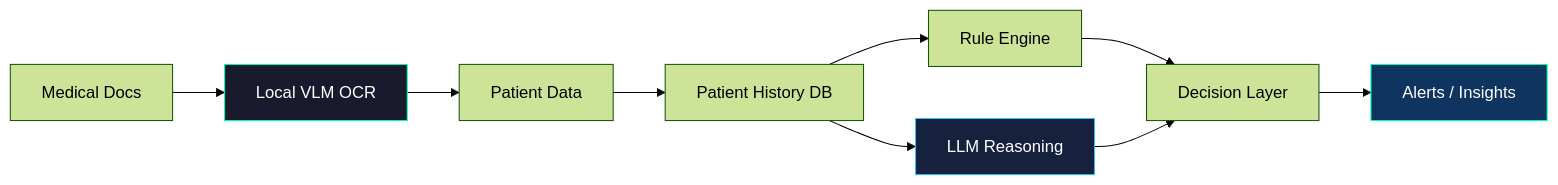
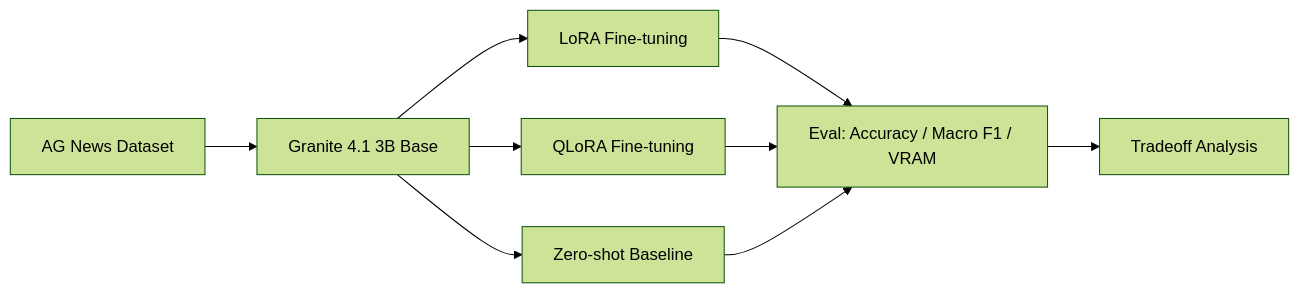
The third of 3 diagrams in README.md (pypi-ahmad/pypi-ahmad), drawn with Mermaid (forest theme) before and after one commit. The commit also changed other lines of this file, not shown here.

````diff
--- a/README.md
+++ b/README.md
@@ -266,19 +254,11 @@
 ```mermaid
 flowchart LR
-    A[Medical Docs] --> B[Local VLM OCR]
-
-    B --> C[Patient Data]
-    C --> D[Patient History DB]
-
-    D --> E1[Rule Engine]
-    D --> E2[LLM Reasoning]
-
-    E1 --> F[Decision Layer]
-    E2 --> F
-
-    F --> G[Alerts / Insights]
-
-    style B fill:#1a1a2e,stroke:#00FFAA,color:#fff
-    style E2 fill:#16213e,stroke:#36BCF7,color:#fff
-    style G fill:#0f3460,stroke:#00FFAA,color:#fff
+    A[AG News Dataset] --> B[Granite 4.1 3B Base]
+    B --> C[Zero-shot Baseline]
+    B --> D[LoRA Fine-tuning]
+    B --> E[QLoRA Fine-tuning]
+    D --> F[Eval: Accuracy / Macro F1 / VRAM]
+    E --> F
+    C --> F
+    F --> G[Tradeoff Analysis]
 ```
````
